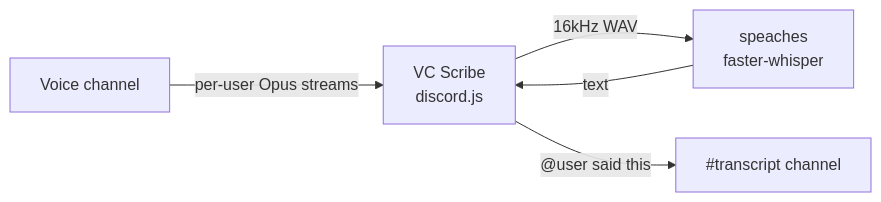
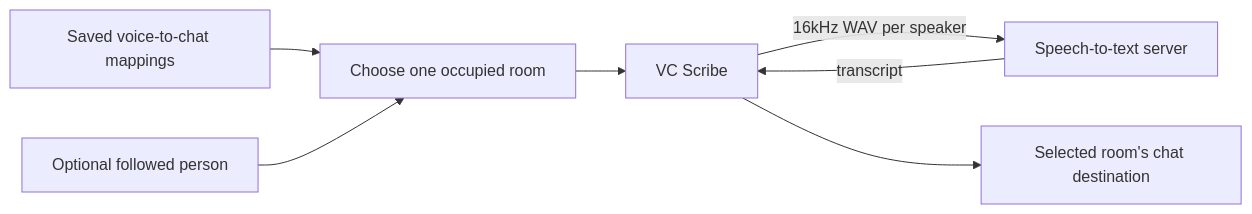
One commit to tomerh2001/discord-vc-scribe changed the diagram in README.md. Above: the diagram before and after it, drawn with Mermaid. The commit also changed other lines of this file and 15 other files, not shown here.

First line of the commit message:
Auto-join mapped voice rooms with optional person priority (#15)

````diff
--- a/README.md
+++ b/README.md
@@ -16,7 +15,9 @@
 ```mermaid
 flowchart LR
-    VC[Voice channel] -->|per-user Opus streams| BOT[VC Scribe<br/>discord.js]
-    BOT -->|16kHz WAV| STT[speaches<br/>faster-whisper]
-    STT -->|text| BOT
-    BOT -->|"@user said this"| LOG[#transcript channel]
+    MAP[Saved voice-to-chat mappings] --> PICK[Choose one occupied room]
+    FOLLOW[Optional followed person] --> PICK
+    PICK --> BOT[VC Scribe]
+    BOT -->|16kHz WAV per speaker| STT[Speech-to-text server]
+    STT -->|transcript| BOT
+    BOT --> LOG[Selected room's chat destination]
 ```
````
